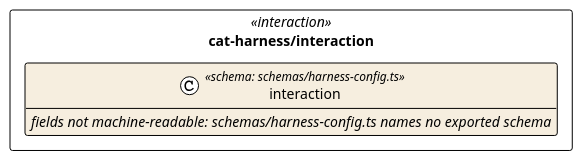
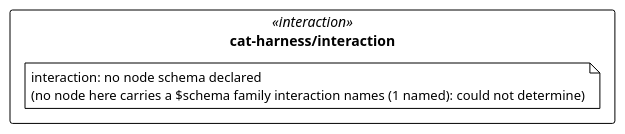
The diagram in cat-harness/uml/overview/cat-harness/interaction.puml (litlfred/folio-assistant), drawn with PlantUML before and after one commit. The commit also changed 23 other files, not shown here.

First line of the commit message:
Six gate failures from the new schema module, all consequences rather than surprises

```diff
--- a/cat-harness/uml/overview/cat-harness/interaction.puml
+++ b/cat-harness/uml/overview/cat-harness/interaction.puml
@@ -3,15 +3,13 @@
 @startuml cat_harness_interaction
 !pragma layout elk
 !theme plain
 skinparam classAttributeIconSize 0
 skinparam shadowing false
 skinparam packageStyle rectangle
 hide empty methods
 
 package "cat-harness/interaction" as pkg_cat_harness_interaction <<interaction>> {
-  class "interaction" as cat_harness_interaction_interaction_shape <<schema: schemas/harness-config.ts>> #f6eedf {
-    //fields not machine-readable: schemas/harness-config.ts names no exported schema//
-  }
+  note "interaction: no node schema declared\n(no node here carries a $schema family interaction names (1 named): could not determine)" as n_cat_harness_interaction_interaction
 }
 
 @enduml
```
